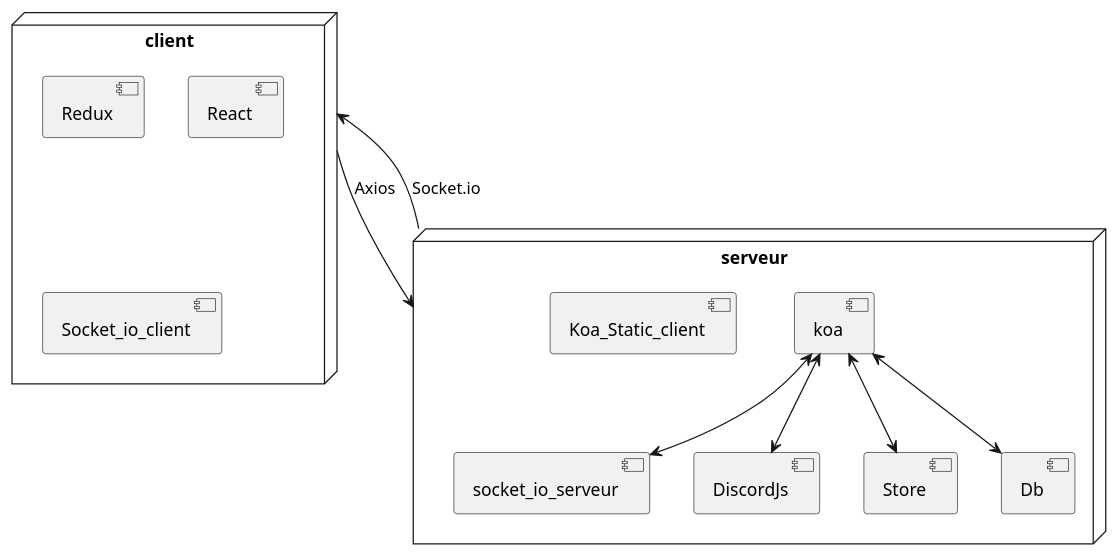
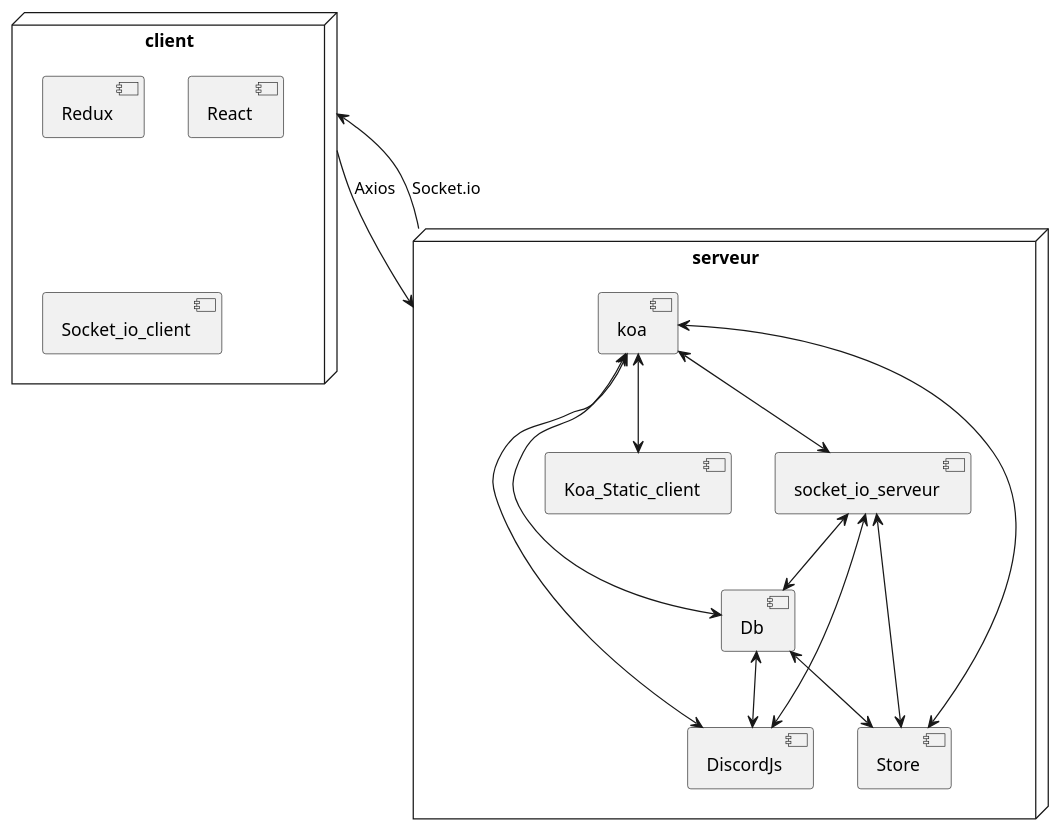
Before and after one commit to batleforc/UnlabeledProject: the diagram in Annalyse/v1_infra.puml, drawn with PlantUML.

Commit message:
[add] lien infra v1

```diff
--- a/Annalyse/v1_infra.puml
+++ b/Annalyse/v1_infra.puml
@@ -1,25 +1,31 @@
 @startuml v1 infra
 node client{
   component Redux
   component React
   component Socket_io_client
 }
 
 node serveur{
   component socket_io_serveur
   component koa
   component DiscordJs
   component Koa_Static_client
   component Store
   component Db
 }
 
 koa <--> socket_io_serveur
 koa <--> DiscordJs
 koa <--> Store
 koa <--> Db
+koa <--> Koa_Static_client
+Db <--> Store
+Db <--> DiscordJs
+socket_io_serveur <--> DiscordJs
+socket_io_serveur <--> Store
+socket_io_serveur <--> Db
 
 client --> serveur : Axios
 serveur --> client : Socket.io
 
 @enduml
```
